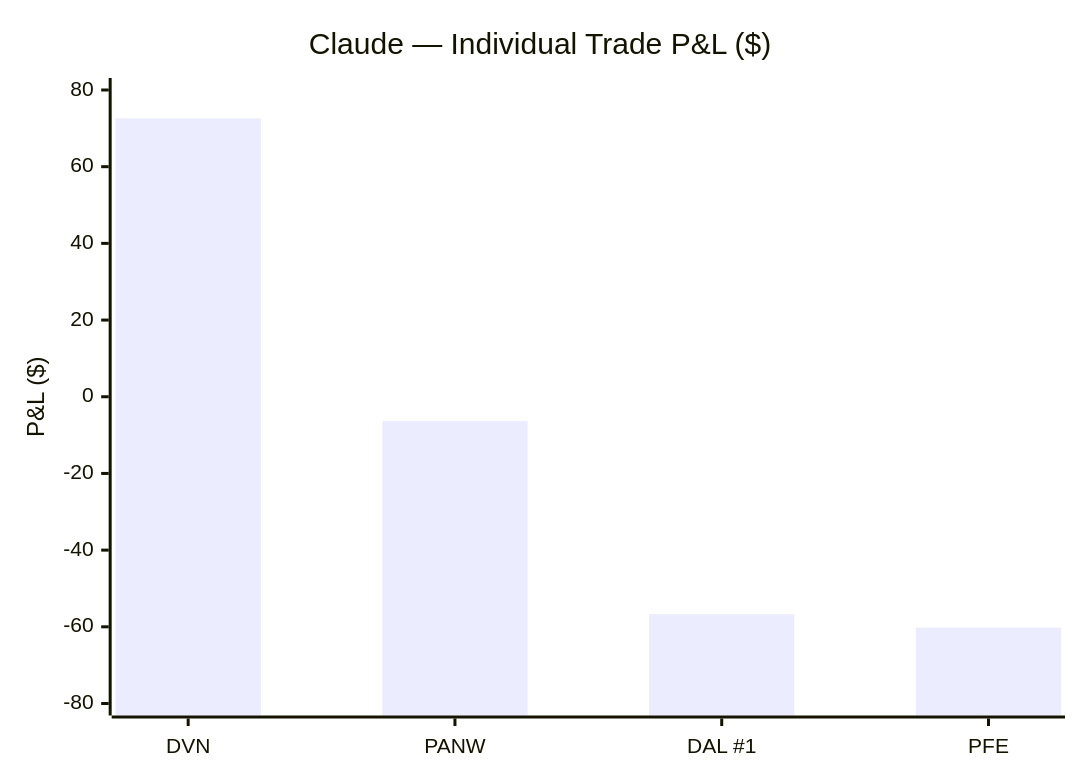
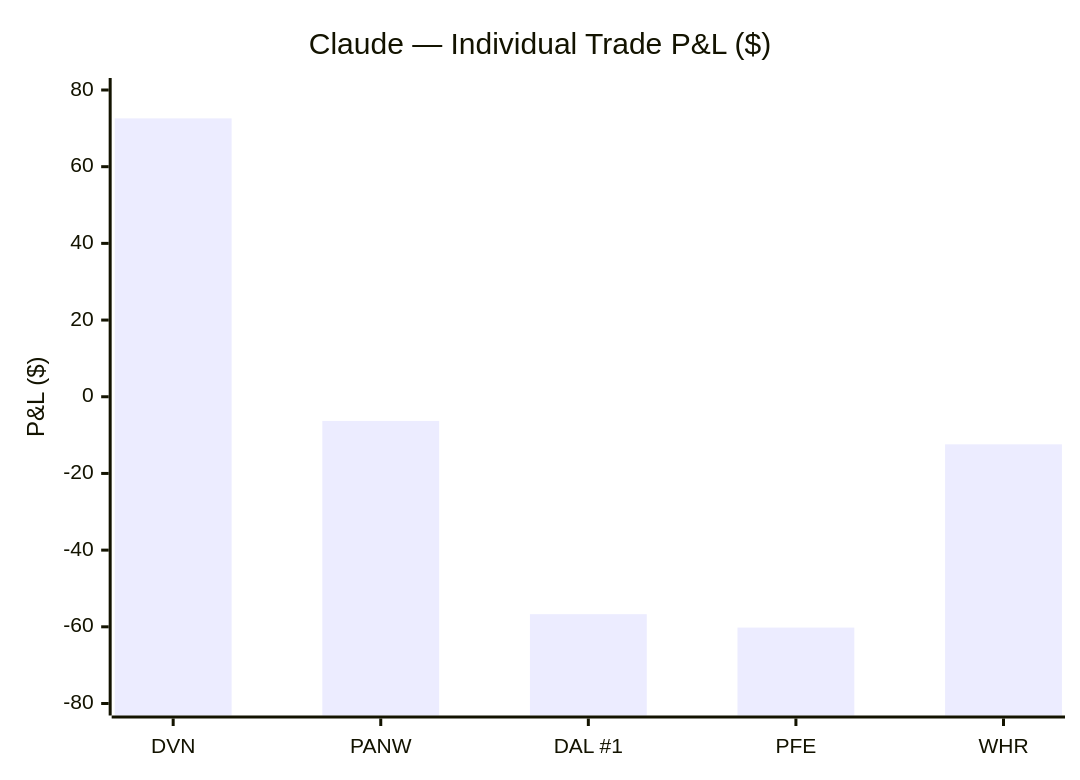
Before and after one commit to zachisit/ai-auto-buy-thesis: the second of 5 diagrams in README.md, drawn with Mermaid. The commit also changed other lines of this file and 4 other files, not shown here.

````diff
--- a/README.md
+++ b/README.md
@@ -39,7 +39,7 @@
 ```mermaid
 xychart-beta
     title "Claude — Individual Trade P&L ($)"
-    x-axis ["DVN", "PANW", "DAL #1", "PFE"]
+    x-axis ["DVN", "PANW", "DAL #1", "PFE", "WHR"]
     y-axis "P&L ($)" -80 --> 80
-    bar [72.60, -6.30, -56.70, -60.20]
+    bar [72.60, -6.30, -56.70, -60.20, -12.41]
 ```
````
